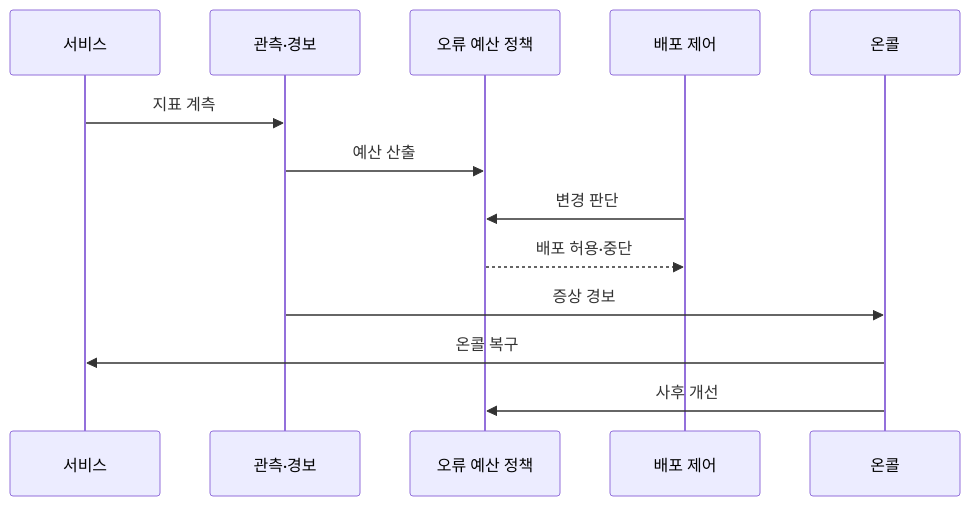
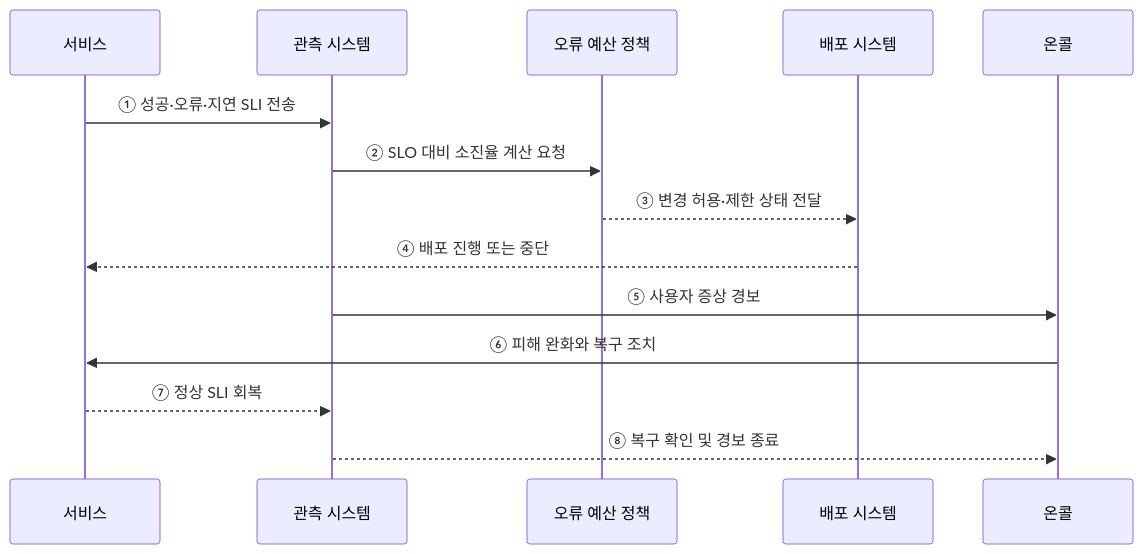
Before and after one commit to agnusdei1207/knowledge-base: the second of 2 diagrams in src/content/docs/notes/03-software/164_site_reliability_engineering.md, drawn with Mermaid. The commit also changed other lines of this file and 20 other files, not shown here.

````diff
--- a/src/content/docs/notes/03-software/164_site_reliability_engineering.md
+++ b/src/content/docs/notes/03-software/164_site_reliability_engineering.md
@@ -78,15 +70,16 @@
 ```mermaid
 sequenceDiagram
     participant S as 서비스
-    participant M as 관측·경보
+    participant M as 관측 시스템
     participant P as 오류 예산 정책
-    participant D as 배포 제어
+    participant D as 배포 시스템
     participant O as 온콜
-    S->>M: 지표 계측
-    M->>P: 예산 산출
-    D->>P: 변경 판단
-    P-->>D: 배포 허용·중단
-    M->>O: 증상 경보
-    O->>S: 온콜 복구
-    O->>P: 사후 개선
+    S->>M: ① 성공·오류·지연 SLI 전송
+    M->>P: ② SLO 대비 소진율 계산 요청
+    P-->>D: ③ 변경 허용·제한 상태 전달
+    D-->>S: ④ 배포 진행 또는 중단
+    M->>O: ⑤ 사용자 증상 경보
+    O->>S: ⑥ 피해 완화와 복구 조치
+    S-->>M: ⑦ 정상 SLI 회복
+    M-->>O: ⑧ 복구 확인 및 경보 종료
 ```
````
